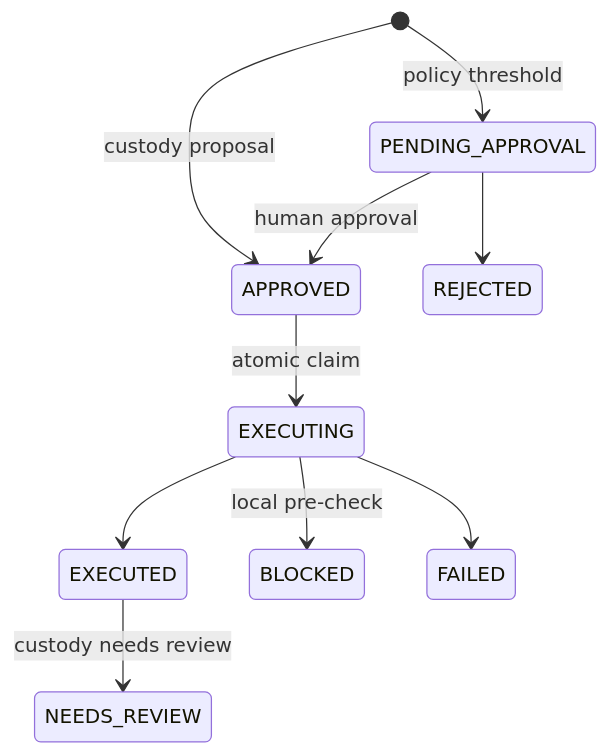
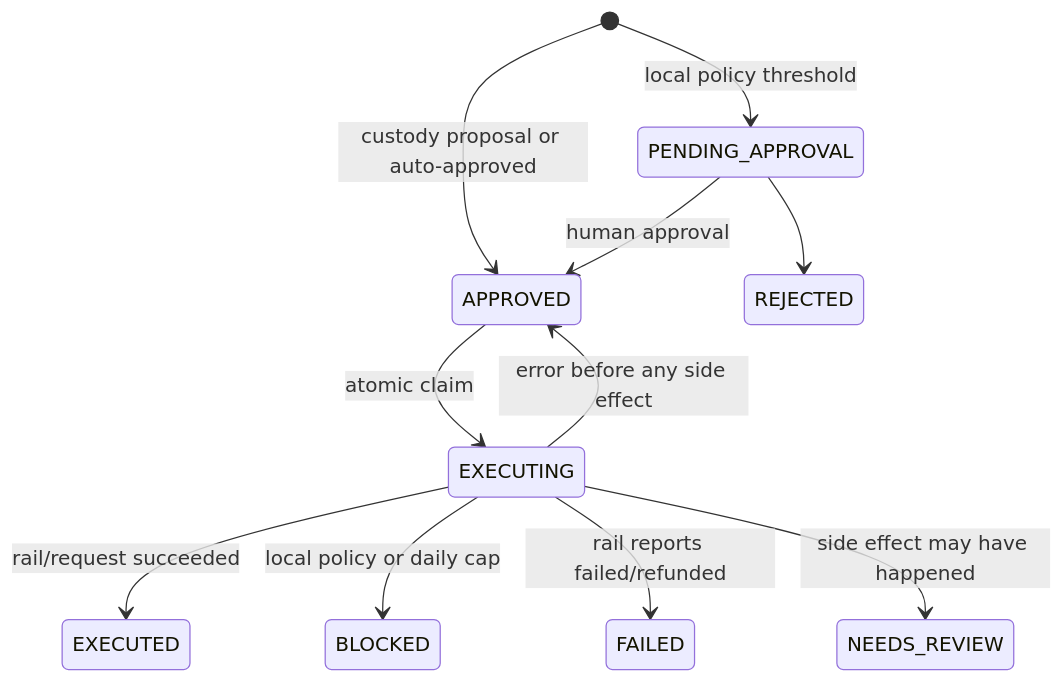
One commit to cryingraven/keiz-platform changed diagram 12 of 16 in docs/architecture.md. Above: the diagram before and after it, drawn with Mermaid. The commit also changed other lines of this file and 7 other files, not shown here.

````diff
--- a/docs/architecture.md
+++ b/docs/architecture.md
@@ -406,12 +463,13 @@
 ```mermaid
 stateDiagram-v2
-  [*] --> PENDING_APPROVAL: policy threshold
-  [*] --> APPROVED: custody proposal
+  [*] --> PENDING_APPROVAL: local policy threshold
+  [*] --> APPROVED: custody proposal or auto-approved
   PENDING_APPROVAL --> APPROVED: human approval
   PENDING_APPROVAL --> REJECTED
   APPROVED --> EXECUTING: atomic claim
-  EXECUTING --> EXECUTED
-  EXECUTING --> BLOCKED: local pre-check
-  EXECUTING --> FAILED
-  EXECUTED --> NEEDS_REVIEW: custody needs review
+  EXECUTING --> EXECUTED: rail/request succeeded
+  EXECUTING --> BLOCKED: local policy or daily cap
+  EXECUTING --> FAILED: rail reports failed/refunded
+  EXECUTING --> NEEDS_REVIEW: side effect may have happened
+  EXECUTING --> APPROVED: error before any side effect
 ```
````
